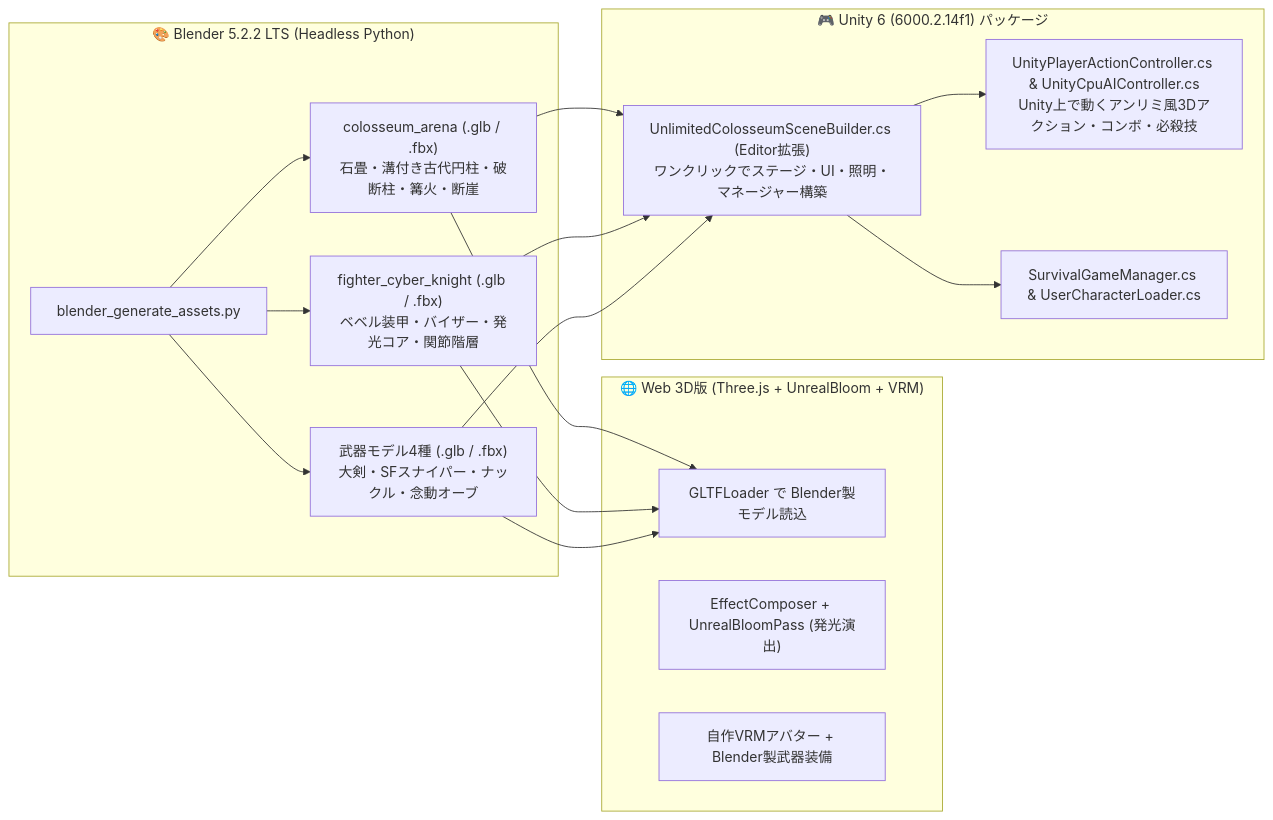
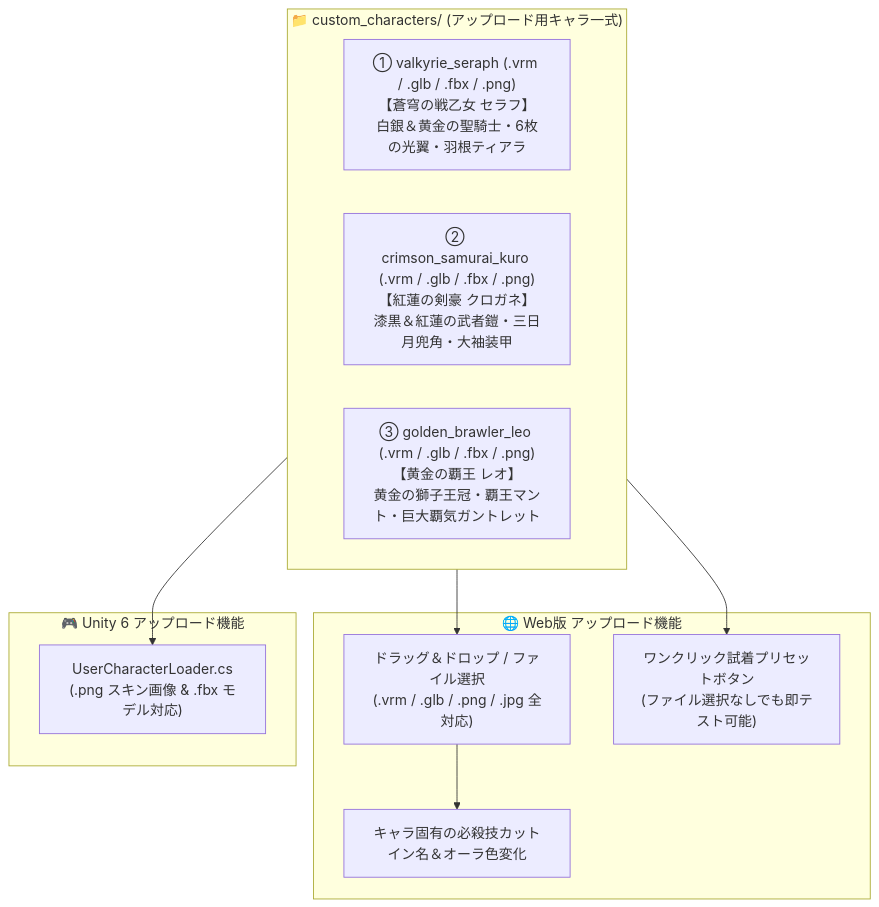
Before and after one commit to S-Suzuki17/vrm-battle: the diagram in task.md, drawn with Mermaid. The commit also changed other lines of this file and 16 other files, not shown here.

Commit message:
feat(custom-chars): アップロード用自作キャラ3体(VRM 1.0/GLB/FBX/PNG)をBlender 5.2で生成、マルチフォーマットD&D＆固有必殺技連携

````diff
--- a/task.md
+++ b/task.md
@@ -8,35 +8,22 @@
 ```mermaid
-flowchart LR
-    subgraph Blender ["🎨 Blender 5.2.2 LTS (Headless Python)"]
-        BpyScript["blender_generate_assets.py"]
-        Colosseum["colosseum_arena (.glb / .fbx)\n石畳・溝付き古代円柱・破断柱・篝火・断崖"]
-        Fighter["fighter_cyber_knight (.glb / .fbx)\nベベル装甲・バイザー・発光コア・関節階層"]
-        Weapons["武器モデル4種 (.glb / .fbx)\n大剣・SFスナイパー・ナックル・念動オーブ"]
-        
-        BpyScript --> Colosseum
-        BpyScript --> Fighter
-        BpyScript --> Weapons
+flowchart TD
+    subgraph CustomChars ["📁 custom_characters/ (アップロード用キャラ一式)"]
+        C1["① valkyrie_seraph (.vrm / .glb / .fbx / .png)\n【蒼穹の戦乙女 セラフ】\n白銀＆黄金の聖騎士・6枚の光翼・羽根ティアラ"]
+        C2["② crimson_samurai_kuro (.vrm / .glb / .fbx / .png)\n【紅蓮の剣豪 クロガネ】\n漆黒＆紅蓮の武者鎧・三日月兜角・大袖装甲"]
+        C3["③ golden_brawler_leo (.vrm / .glb / .fbx / .png)\n【黄金の覇王 レオ】\n黄金の獅子王冠・覇王マント・巨大覇気ガントレット"]
     end
 
-    subgraph WebApp ["🌐 Web 3D版 (Three.js + UnrealBloom + VRM)"]
-        GLTFLoader["GLTFLoader で Blender製モデル読込"]
-        PostProcess["EffectComposer + UnrealBloomPass (発光演出)"]
-        VRM["自作VRMアバター + Blender製武器装備"]
+    subgraph WebUpload ["🌐 Web版 アップロード機能"]
+        DND["ドラッグ＆ドロップ / ファイル選択\n(.vrm / .glb / .png / .jpg 全対応)"]
+        QuickBtn["ワンクリック試着プリセットボタン\n(ファイル選択なしでも即テスト可能)"]
+        UniqueSkill["キャラ固有の必殺技カットイン名＆オーラ色変化"]
     end
 
-    subgraph Unity6 ["🎮 Unity 6 (6000.2.14f1) パッケージ"]
-        SceneBuilder["UnlimitedColosseumSceneBuilder.cs (Editor拡張)\nワンクリックでステージ・UI・照明・マネージャー構築"]
-        ActionCtrl["UnityPlayerActionController.cs & UnityCpuAIController.cs\nUnity上で動くアンリミ風3Dアクション・コンボ・必殺技"]
-        SurvivalSys["SurvivalGameManager.cs & UserCharacterLoader.cs"]
+    subgraph UnityUpload ["🎮 Unity 6 アップロード機能"]
+        Loader["UserCharacterLoader.cs\n(.png スキン画像 & .fbx モデル対応)"]
     end
 
-    Colosseum --> GLTFLoader
-    Fighter --> GLTFLoader
-    Weapons --> GLTFLoader
-    
-    Colosseum --> SceneBuilder
-    Fighter --> SceneBuilder
-    Weapons --> SceneBuilder
-    SceneBuilder --> ActionCtrl
-    SceneBuilder --> SurvivalSys
+    CustomChars --> DND --> UniqueSkill
+    CustomChars --> QuickBtn
+    CustomChars --> Loader
 ```
````
